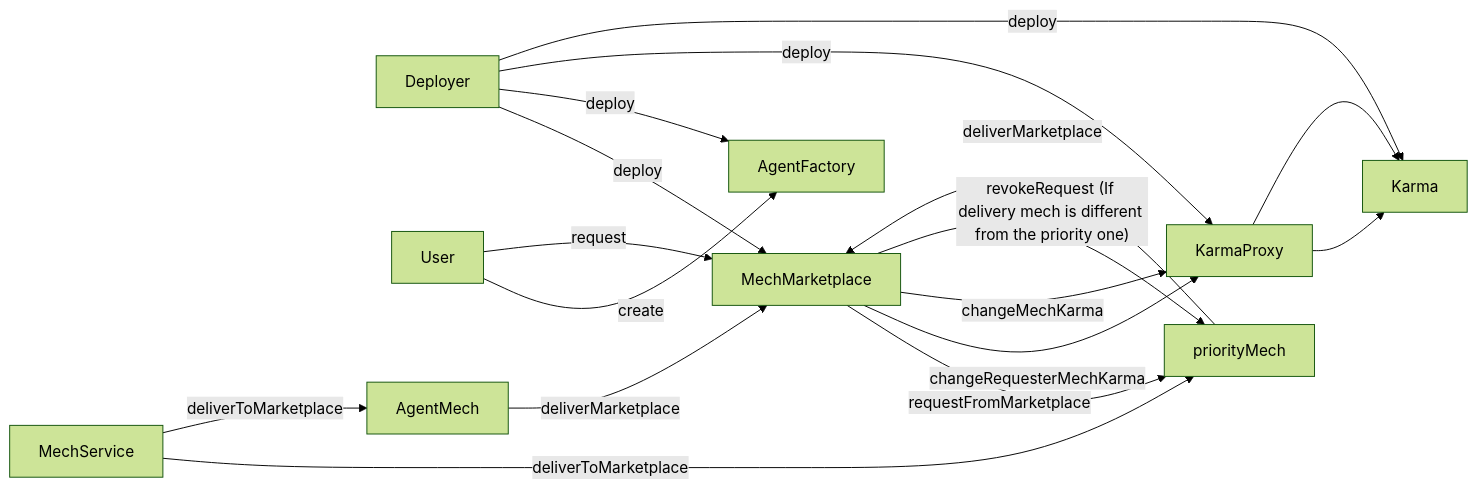
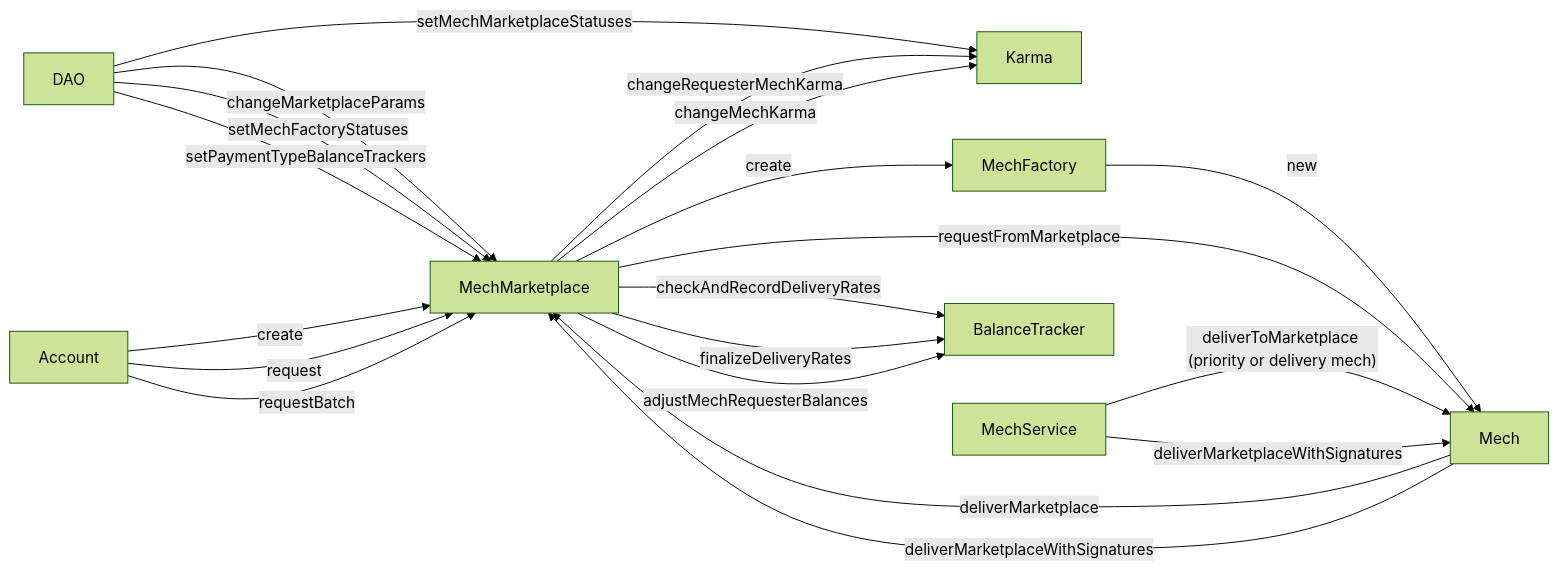
Before and after one commit to valory-xyz/ai-registry-mech: the diagram in README.md, drawn with Mermaid (forest theme). The commit also changed other lines of this file and 4 other files, not shown here.

````diff
--- a/README.md
+++ b/README.md
@@ -92,12 +94,22 @@
 ```mermaid
 flowchart LR
-    Deployer -- deploy --> MechMarketplace
-    Deployer -- deploy --> AgentFactory
-    Deployer -- deploy --> KarmaProxy 
-    Deployer -- deploy --> Karma
-    User -- create --> AgentFactory
-    User -- request --> MechMarketplace -- requestFromMarketplace --> priorityMech 
-    MechMarketplace -- changeRequesterMechKarma --> KarmaProxy --> Karma
-    MechService -- deliverToMarketplace --> priorityMech -- deliverMarketplace --> MechMarketplace -- changeMechKarma --> KarmaProxy --> Karma
-    MechService -- deliverToMarketplace --> AgentMech -- deliverMarketplace --> MechMarketplace -- revokeRequest (If delivery mech is different from the priority one) --> priorityMech
+    DAO -- changeMarketplaceParams --> MechMarketplace
+    DAO -- setMechFactoryStatuses --> MechMarketplace
+    DAO -- setPaymentTypeBalanceTrackers --> MechMarketplace
+    DAO -- setMechMarketplaceStatuses --> Karma
+    Account -- create --> MechMarketplace
+    Account -- request --> MechMarketplace
+    Account -- requestBatch --> MechMarketplace
+    MechMarketplace -- create --> MechFactory
+    MechFactory -- new --> Mech
+    MechMarketplace -- requestFromMarketplace --> Mech
+    MechMarketplace -- changeRequesterMechKarma --> Karma
+    MechMarketplace -- changeMechKarma --> Karma
+    MechService -- deliverToMarketplace (priority or delivery mech) --> Mech
+    MechService -- deliverMarketplaceWithSignatures --> Mech
+    Mech -- deliverMarketplace --> MechMarketplace
+    Mech -- deliverMarketplaceWithSignatures --> MechMarketplace
+    MechMarketplace -- checkAndRecordDeliveryRates --> BalanceTracker
+    MechMarketplace -- finalizeDeliveryRates --> BalanceTracker
+    MechMarketplace -- adjustMechRequesterBalances --> BalanceTracker
 ```
````
